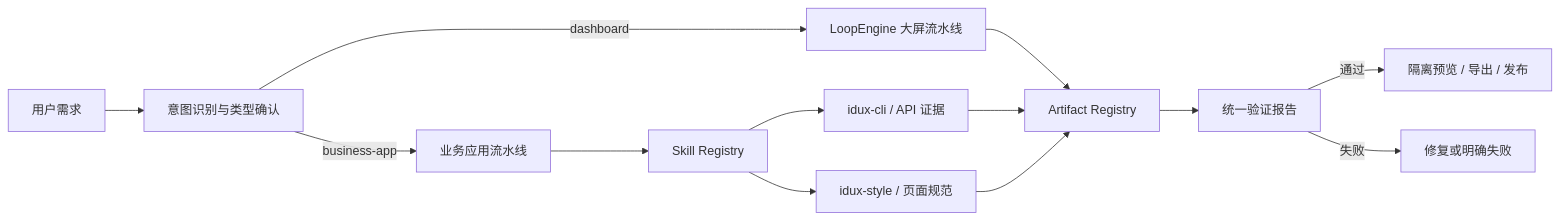
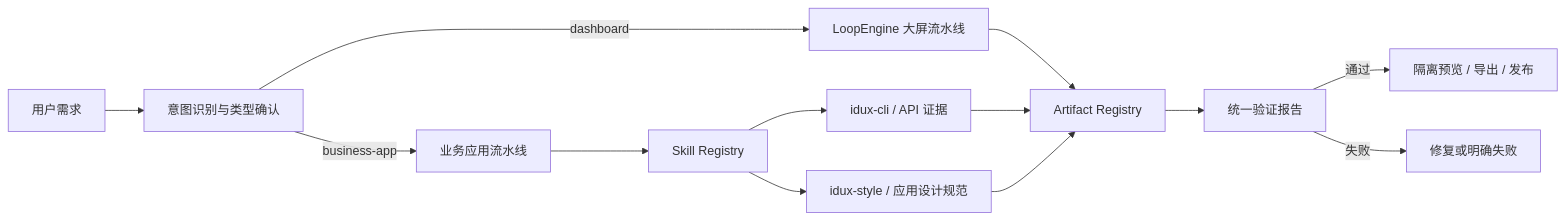
The first of 2 diagrams in docs/multi-artifact-architecture.md (Jouryjc/ai-dashboard), drawn with Mermaid before and after one commit. The commit also changed other lines of this file and 49 other files, not shown here.

````diff
--- a/docs/multi-artifact-architecture.md
+++ b/docs/multi-artifact-architecture.md
@@ -14,15 +14,15 @@
 ```mermaid
 flowchart LR
   U["用户需求"] --> I["意图识别与类型确认"]
   I -->|"dashboard"| D["LoopEngine 大屏流水线"]
   I -->|"business-app"| P["业务应用流水线"]
   D --> R["Artifact Registry"]
   P --> S["Skill Registry"]
   S --> A["idux-cli / API 证据"]
-  S --> B["idux-style / 页面规范"]
+  S --> B["idux-style / 应用设计规范"]
   A --> R
   B --> R
   R --> V["统一验证报告"]
   V -->|"通过"| X["隔离预览 / 导出 / 发布"]
   V -->|"失败"| F["修复或明确失败"]
 ```
````
